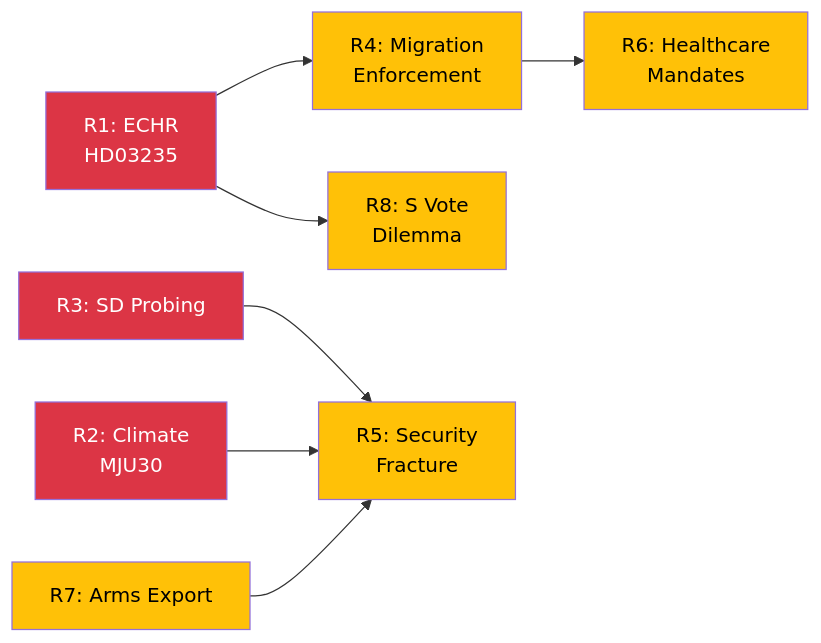
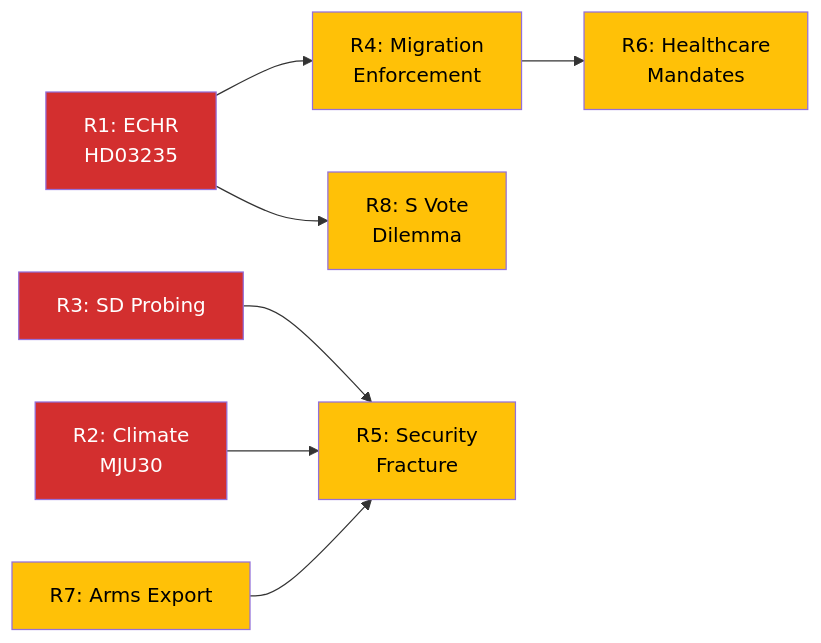
Before and after one commit to Hack23/riksdagsmonitor: the third of 3 diagrams in analysis/daily/2026-04-11/evening-analysis/risk-assessment.md, drawn with Mermaid. The commit also changed other lines of this file and 785 other files, not shown here.

First line of the commit message:
Normalize mermaid colors across 786 analysis artifacts to ISMS Style Guide palette

````diff
--- a/analysis/daily/2026-04-11/evening-analysis/risk-assessment.md
+++ b/analysis/daily/2026-04-11/evening-analysis/risk-assessment.md
@@ -92,18 +92,18 @@
 ```mermaid
 graph LR
     R1["R1: ECHR<br/>HD03235"] --> R4["R4: Migration<br/>Enforcement"]
     R1 --> R8["R8: S Vote<br/>Dilemma"]
     R3["R3: SD Probing"] --> R5["R5: Security<br/>Fracture"]
     R2["R2: Climate<br/>MJU30"] --> R5
     R4 --> R6["R6: Healthcare<br/>Mandates"]
     R7["R7: Arms Export"] --> R5
 
-    style R1 fill:#dc3545,color:#fff
-    style R2 fill:#dc3545,color:#fff
-    style R3 fill:#dc3545,color:#fff
-    style R4 fill:#ffc107,color:#000
-    style R5 fill:#ffc107,color:#000
-    style R6 fill:#ffc107,color:#000
-    style R7 fill:#ffc107,color:#000
-    style R8 fill:#ffc107,color:#000
+    style R1 fill:#D32F2F,color:#FFFFFF
+    style R2 fill:#D32F2F,color:#FFFFFF
+    style R3 fill:#D32F2F,color:#FFFFFF
+    style R4 fill:#FFC107,color:#000000
+    style R5 fill:#FFC107,color:#000000
+    style R6 fill:#FFC107,color:#000000
+    style R7 fill:#FFC107,color:#000000
+    style R8 fill:#FFC107,color:#000000
 ```
````
